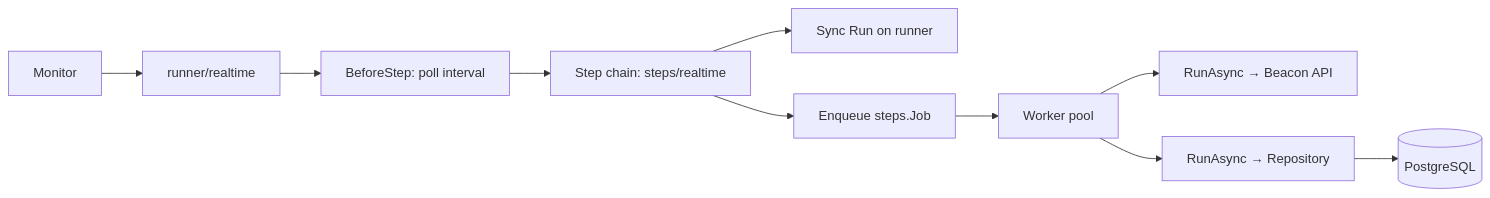
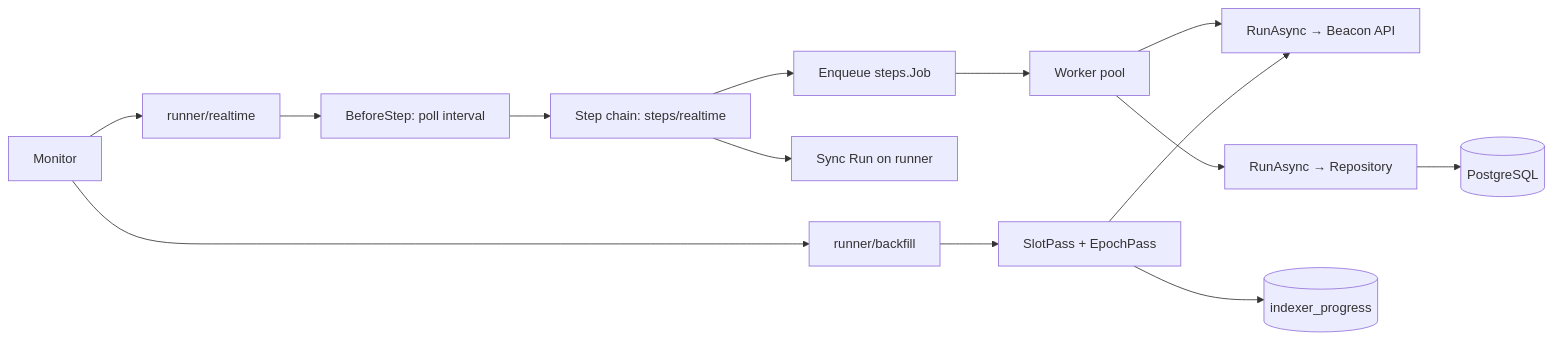
One commit to tharun-p/pauli changed the diagram in readme.md. Above: the diagram before and after it, drawn with Mermaid. The commit also changed other lines of this file and 35 other files, not shown here.

````diff
--- a/readme.md
+++ b/readme.md
@@ -150,12 +161,16 @@
 ```mermaid
 flowchart LR
     A[Monitor] --> B[runner/realtime]
+    A --> BF[runner/backfill]
     B --> C[BeforeStep: poll interval]
     C --> D[Step chain: steps/realtime]
     D --> E[Sync Run on runner]
     D --> F[Enqueue steps.Job]
     F --> G[Worker pool]
     G --> H[RunAsync → Beacon API]
-    G --> I[RunAsync → Repository]
-    I --> J[(PostgreSQL)]
+    BF --> I[SlotPass + EpochPass]
+    I --> H
+    G --> J[RunAsync → Repository]
+    I --> K[(indexer_progress)]
+    J --> L[(PostgreSQL)]
 ```
````
